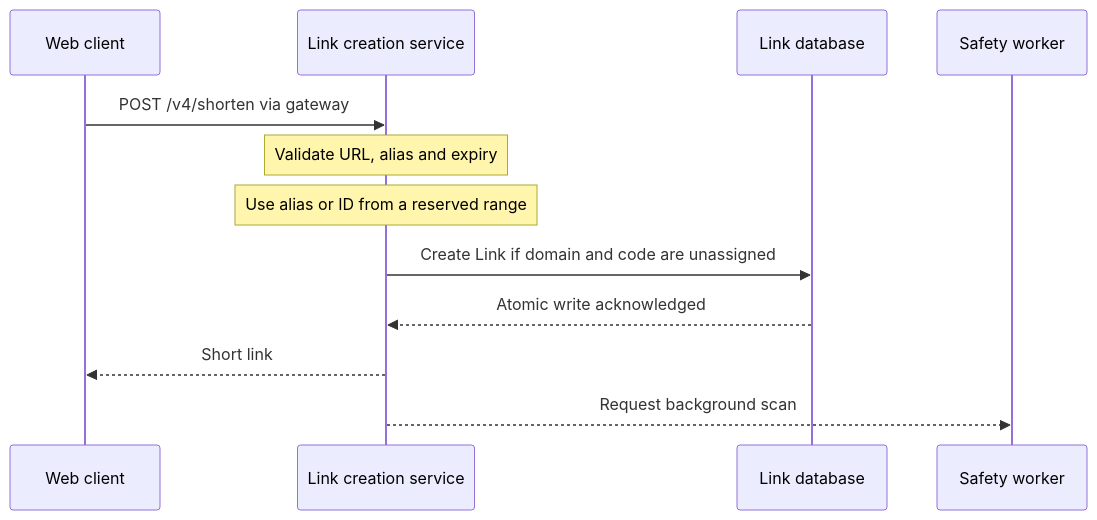
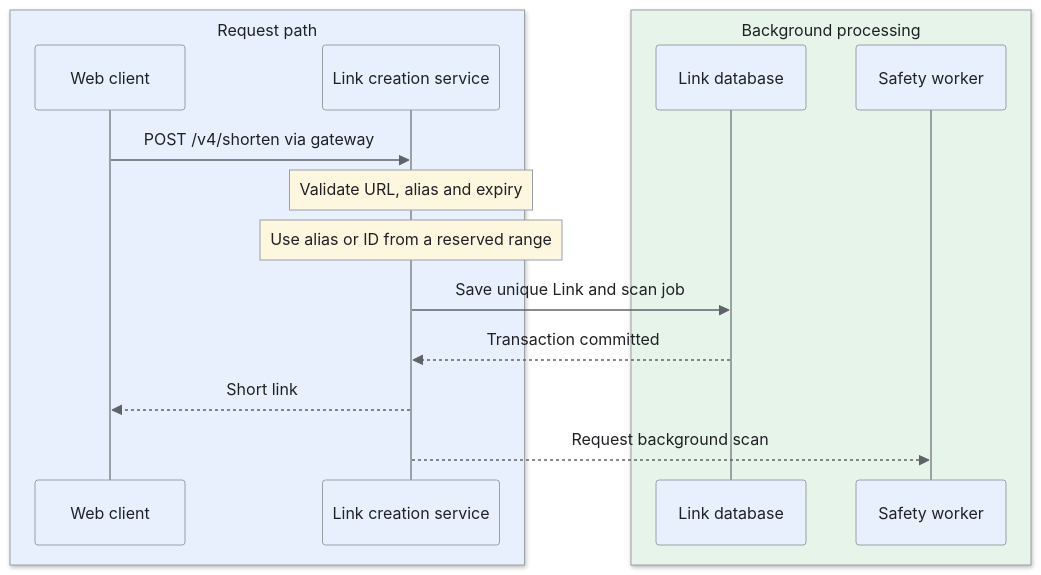
One commit to iliazlobin/iliazlobin.github.io changed the second of 7 diagrams in _designs/system-design-bitly-url-shortener.md. Above: the diagram before and after it, drawn with Mermaid. The commit also changed other lines of this file and 131 other files, not shown here.

````diff
--- a/_designs/system-design-bitly-url-shortener.md
+++ b/_designs/system-design-bitly-url-shortener.md
@@ -235,14 +247,19 @@
 ```mermaid
+%%{init: {"theme":"base","themeVariables":{"primaryColor":"#e8f0fe","primaryBorderColor":"#9aa0a6","primaryTextColor":"#202124","secondaryColor":"#e6f4ea","tertiaryColor":"#fef7e0","lineColor":"#5f6368","actorBkg":"#e8f0fe","actorBorder":"#9aa0a6","actorTextColor":"#202124","noteBkgColor":"#fef7e0","noteBorderColor":"#9aa0a6","noteTextColor":"#202124","signalColor":"#5f6368","signalTextColor":"#202124"}}}%%
 sequenceDiagram
-    participant W as Web client
-    participant S as Link creation service
-    participant D as Link database
-    participant B as Safety worker
+  box rgb(232,240,254) Request path
+  participant W as Web client
+  participant S as Link creation service
+  end
+  box rgb(230,244,234) Background processing
+  participant D as Link database
+  participant B as Safety worker
+  end
     W->>S: POST /v4/shorten via gateway
     Note over S: Validate URL, alias and expiry
     Note over S: Use alias or ID from a reserved range
-    S->>D: Create Link if domain and code are unassigned
-    D-->>S: Atomic write acknowledged
+    S->>D: Save unique Link and scan job
+    D-->>S: Transaction committed
     S-->>W: Short link
     S-->>B: Request background scan
 ```
````
